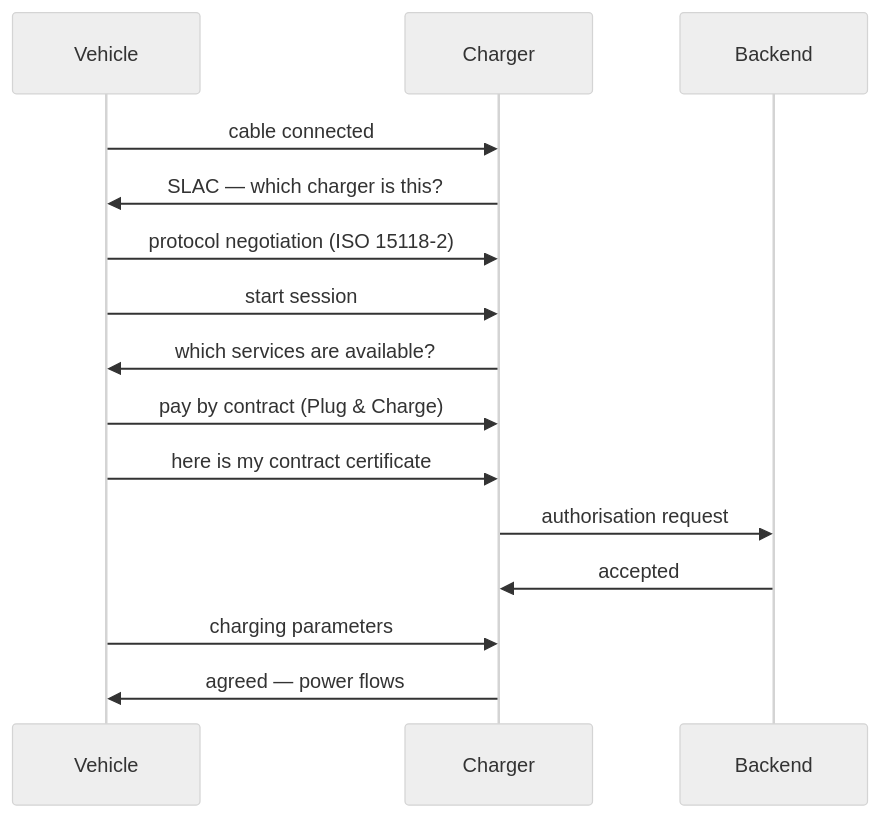
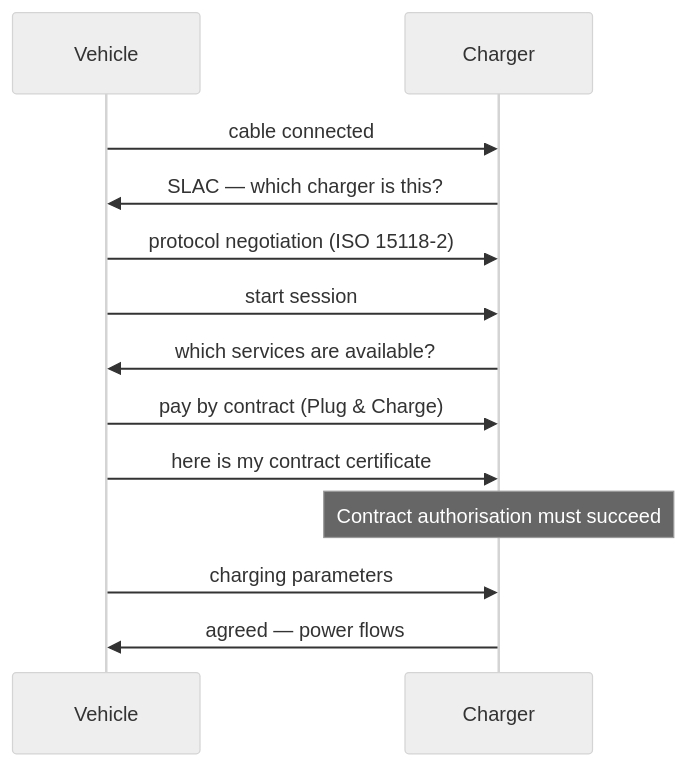
The diagram in apps/docs/i18n/en/docusaurus-plugin-content-docs/current/technical/iso-15118.md (imichelena/stroomlijnen-website), drawn with Mermaid (neutral theme) before and after one commit. The commit also changed other lines of this file and 19 other files, not shown here.

````diff
--- a/apps/docs/i18n/en/docusaurus-plugin-content-docs/current/technical/iso-15118.md
+++ b/apps/docs/i18n/en/docusaurus-plugin-content-docs/current/technical/iso-15118.md
@@ -63,18 +63,16 @@
 ```mermaid
 sequenceDiagram
     participant EV as Vehicle
     participant EVSE as Charger
-    participant CSMS as Backend
 
     EV->>EVSE: cable connected
     EVSE->>EV: SLAC — which charger is this?
     EV->>EVSE: protocol negotiation (ISO 15118-2)
     EV->>EVSE: start session
     EVSE->>EV: which services are available?
     EV->>EVSE: pay by contract (Plug & Charge)
     EV->>EVSE: here is my contract certificate
-    EVSE->>CSMS: authorisation request
-    CSMS->>EVSE: accepted
+    Note over EVSE: Contract authorisation must succeed
     EV->>EVSE: charging parameters
     EVSE->>EV: agreed — power flows
 ```
````
